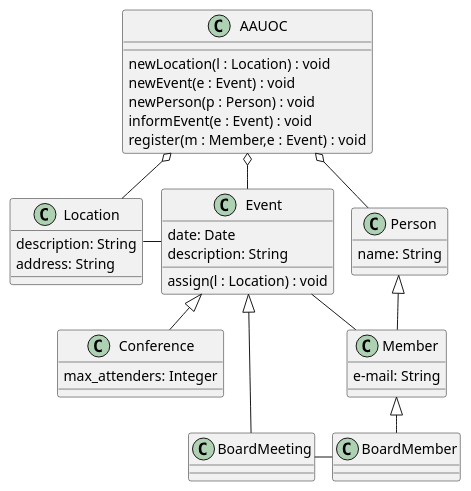
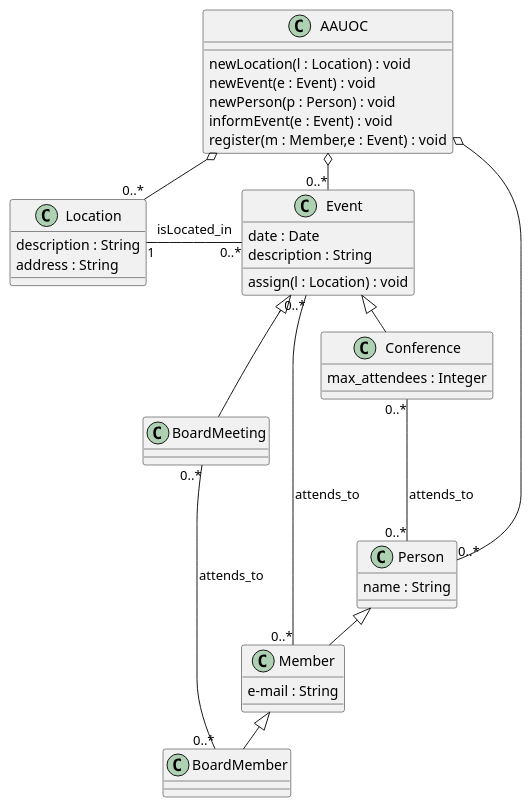
The diagram in src/UML.puml (pacoFlorido/UMLClasesPacoFlorido), drawn with PlantUML before and after one commit. The commit also changed 2 other files, not shown here.

```diff
--- a/src/UML.puml
+++ b/src/UML.puml
@@ -1,56 +1,58 @@
 @startuml
 
 !pragma layout smetana
 
 class Member{
-e-mail: String
+e-mail : String
 }
 
 class BoardMember
 
 class Event{
-date: Date
-description: String
+date : Date
+description : String
 assign(l : Location) : void
 }
 
 class Conference{
-max_attenders: Integer
+max_attendees : Integer
 }
 
 class BoardMeeting
 
 class Location{
-description: String
-address: String
+description : String
+address : String
 }
 
 class Person{
-name: String
+name : String
 }
 
 class AAUOC{
 newLocation(l : Location) : void
 newEvent(e : Event) : void
 newPerson(p : Person) : void
 informEvent(e : Event) : void
 register(m : Member,e : Event) : void
 }
 
 Event <|-- Conference
 Event <|-- BoardMeeting
 
 Person <|-- Member
 Member <|-- BoardMember
 
-Location - Event
+Location "1" -  "0..*"Event: isLocated_in
 
-AAUOC o-- Location
-AAUOC o-- Event
-AAUOC o-- Person
+AAUOC o-- "0..*"Location
+AAUOC o-- "0..*"Event
+AAUOC o-- "0..*"Person
 
-BoardMeeting - BoardMember
+BoardMeeting"0..*" - "0..*"BoardMember: attends_to
 
-Event - Member
+Event "0..*" - "0..*"Member: attends_to
+
+Conference"0..*" --- "0..*"Person: attends_to
 
 @enduml
```
